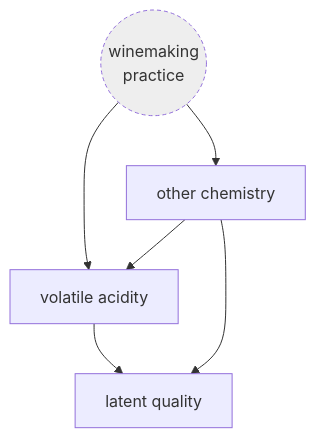
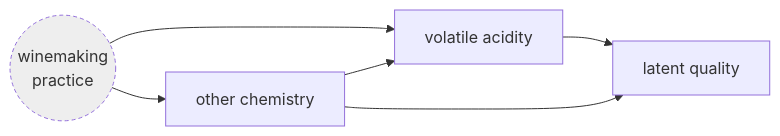
The diagram in manuscript/paper/sudo_paper.qmd (bgreenwell/sudo), drawn with Mermaid before and after one commit. The commit also changed other lines of this file and 2 other files, not shown here.

````diff
--- a/manuscript/paper/sudo_paper.qmd
+++ b/manuscript/paper/sudo_paper.qmd
@@ -1041,12 +672,13 @@
 ```{mermaid}
 %%| label: fig-dag
-%%| fig-width: 3.2
+%%| fig-width: 5.2
+%%| fig-pos: H
 %%| fig-cap: "Assumed application DAG. Volatile acidity (the treatment) affects latent quality directly; unobserved winemaking practice confounds both through the measured chemistry, the adjustment set."
-flowchart TD
+flowchart LR
   P((winemaking<br/>practice)):::u --> VA[volatile acidity]
   P --> X[other chemistry]
   X --> VA
   VA --> Q[latent quality]
   X --> Q
   classDef u fill:#eee,stroke-dasharray:4 3;
 ```
````
